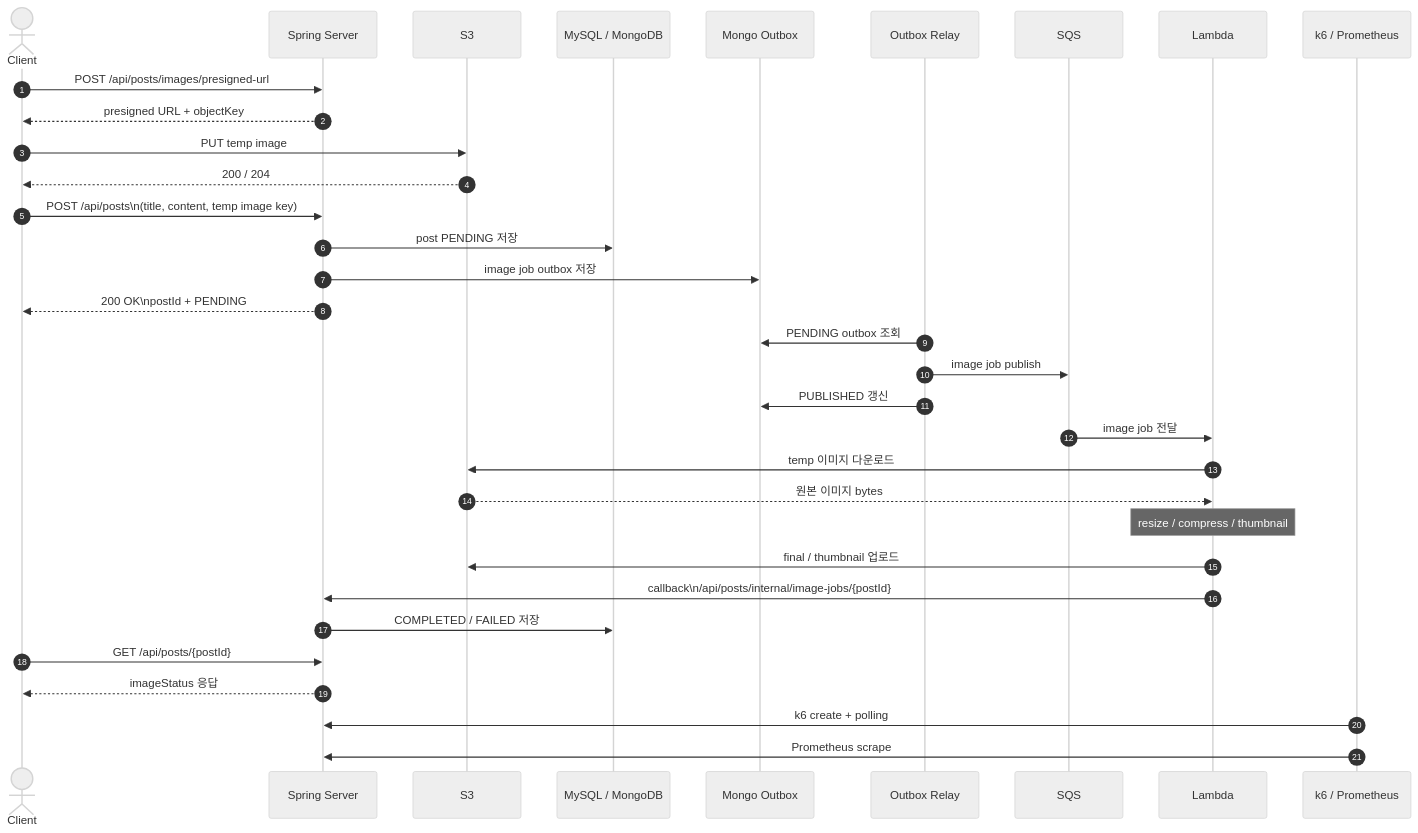
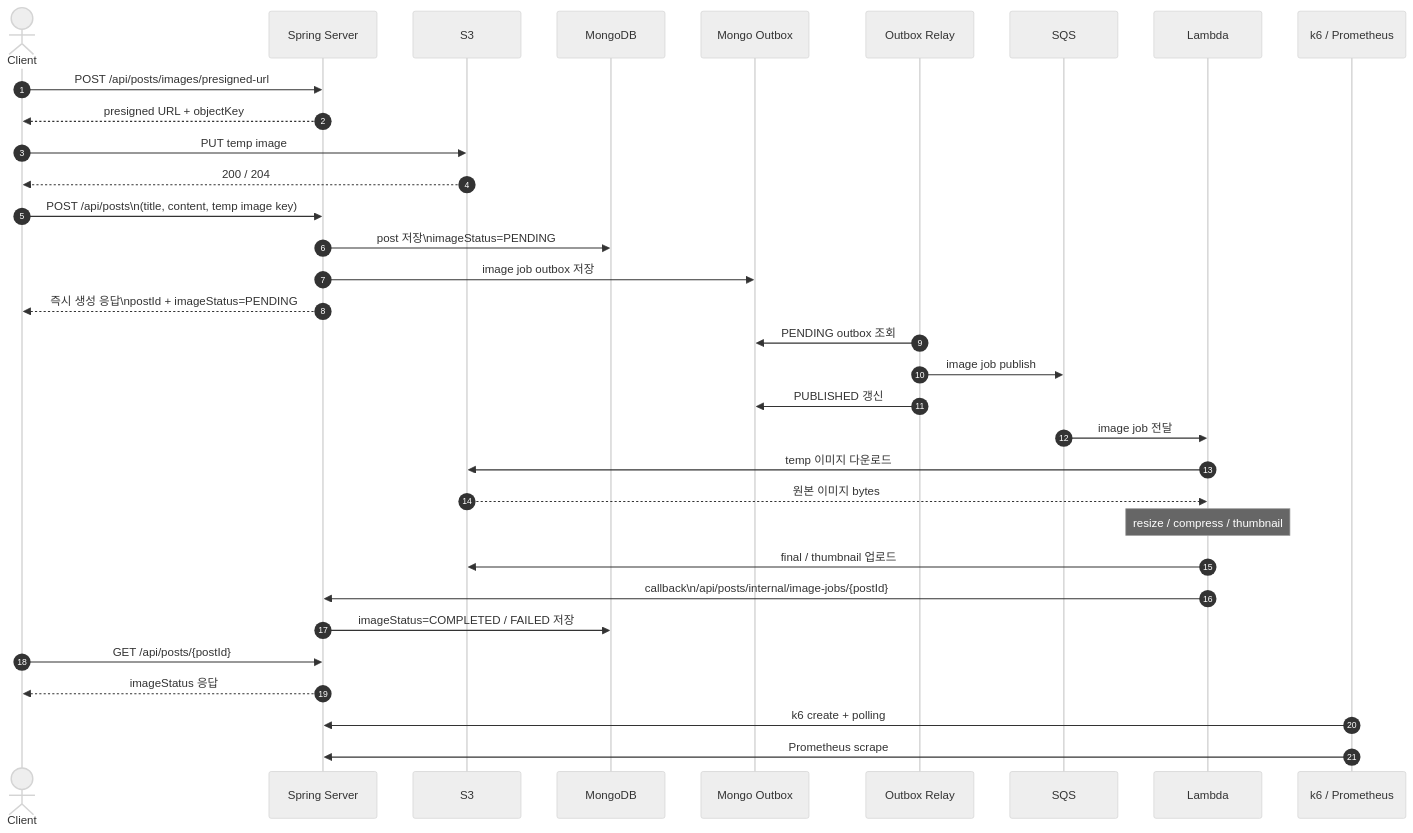
One commit to 100-hours-a-week/3-logan-cho-community-BE changed the diagram in docs/experiments/v3-outbox-current-architecture.md. Above: the diagram before and after it, drawn with Mermaid (neutral theme). The commit also changed other lines of this file and 8 other files, not shown here.

Commit message:
docs: align architecture flows with actual image status model

````diff
--- a/docs/experiments/v3-outbox-current-architecture.md
+++ b/docs/experiments/v3-outbox-current-architecture.md
@@ -29,41 +29,41 @@
 ```mermaid
 sequenceDiagram
     autonumber
     actor Client
     participant Spring as Spring Server
     participant S3
-    participant DB as MySQL / MongoDB
+    participant DB as MongoDB
     participant Outbox as Mongo Outbox
     participant Relay as Outbox Relay
     participant SQS
     participant Lambda
     participant Obs as k6 / Prometheus
 
     Client->>Spring: POST /api/posts/images/presigned-url
     Spring-->>Client: presigned URL + objectKey
     Client->>S3: PUT temp image
     S3-->>Client: 200 / 204
 
     Client->>Spring: POST /api/posts\n(title, content, temp image key)
-    Spring->>DB: post PENDING 저장
+    Spring->>DB: post 저장\nimageStatus=PENDING
     Spring->>Outbox: image job outbox 저장
-    Spring-->>Client: 200 OK\npostId + PENDING
+    Spring-->>Client: 즉시 생성 응답\npostId + imageStatus=PENDING
 
     Relay->>Outbox: PENDING outbox 조회
     Relay->>SQS: image job publish
     Relay->>Outbox: PUBLISHED 갱신
 
     SQS->>Lambda: image job 전달
     Lambda->>S3: temp 이미지 다운로드
     S3-->>Lambda: 원본 이미지 bytes
     Note over Lambda: resize / compress / thumbnail
     Lambda->>S3: final / thumbnail 업로드
     Lambda->>Spring: callback\n/api/posts/internal/image-jobs/{postId}
-    Spring->>DB: COMPLETED / FAILED 저장
+    Spring->>DB: imageStatus=COMPLETED / FAILED 저장
 
     Client->>Spring: GET /api/posts/{postId}
     Spring-->>Client: imageStatus 응답
 
     Obs->>Spring: k6 create + polling
     Obs->>Spring: Prometheus scrape
 ```
````
